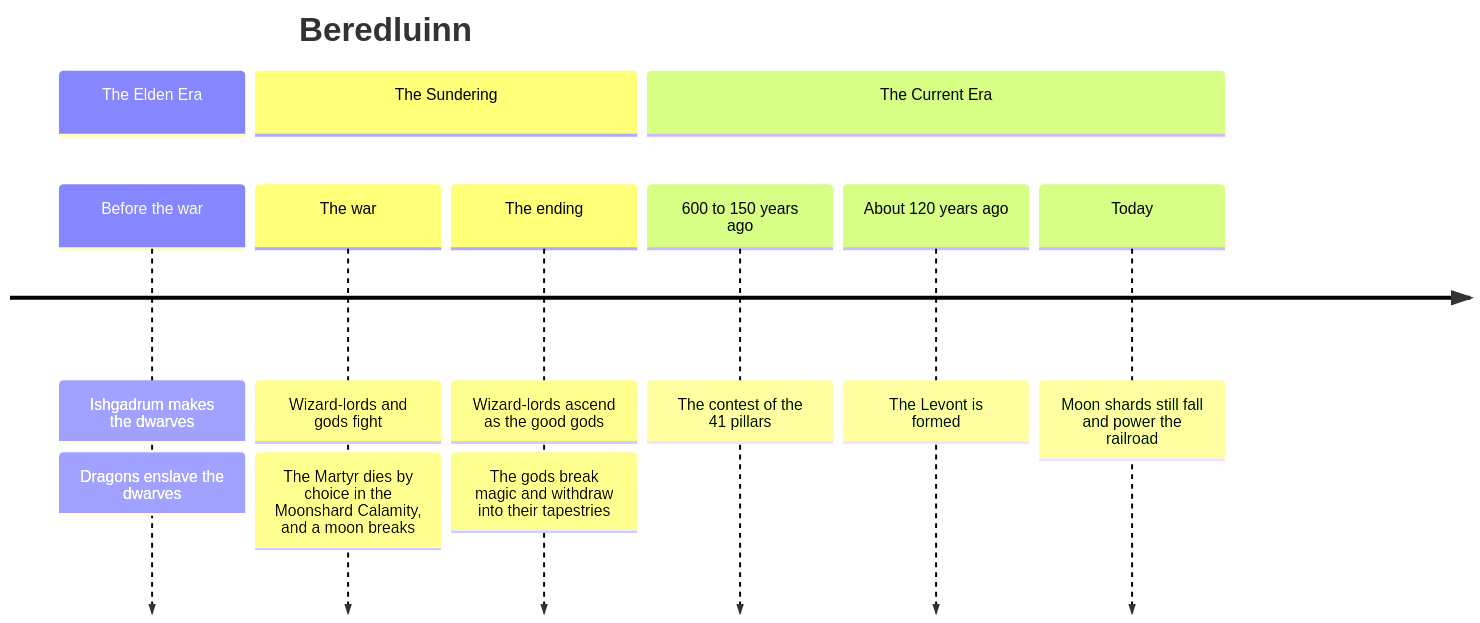
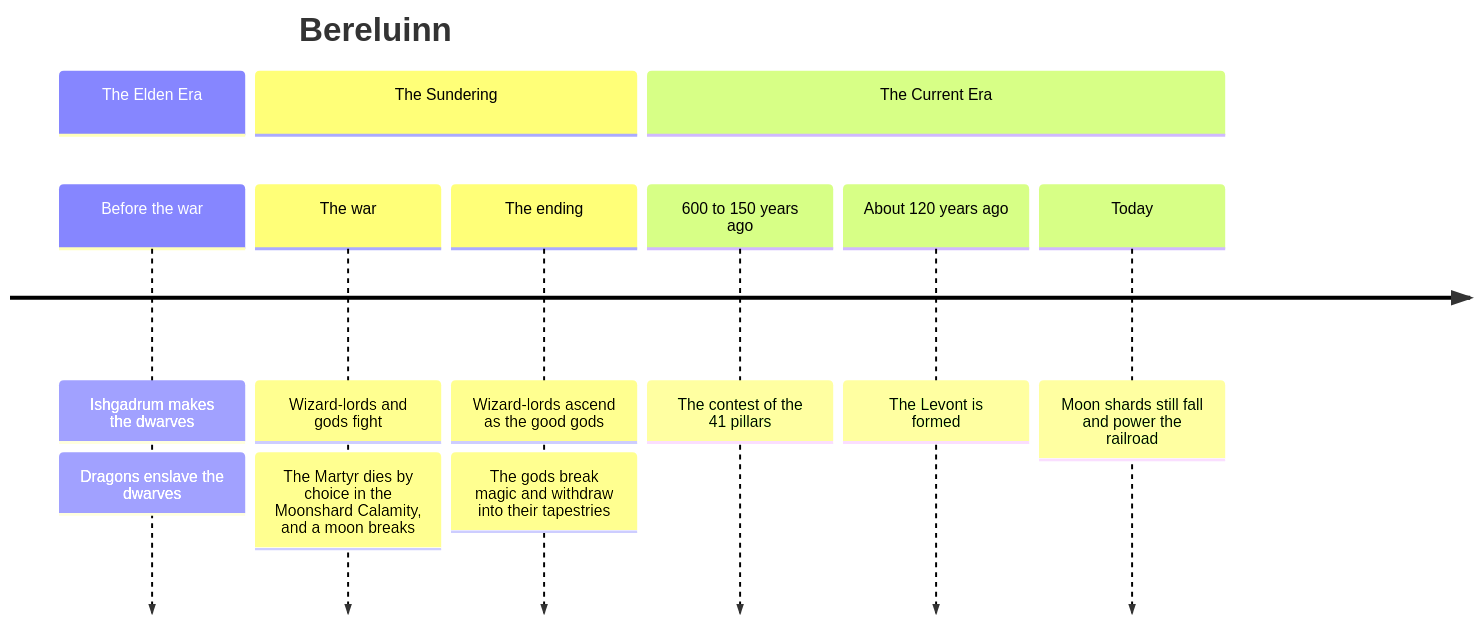
Before and after one commit to Huklings/Bereluinn-wiki: the diagram in History/Timeline.md, drawn with Mermaid. The commit also changed 5 other files, not shown here.

````diff
--- a/History/Timeline.md
+++ b/History/Timeline.md
@@ -30,16 +30,16 @@
 ```mermaid
 timeline
-    title Beredluinn
+    title Bereluinn
     section The Elden Era
         Before the war : Ishgadrum makes the dwarves
                        : Dragons enslave the dwarves
     section The Sundering
         The war : Wizard-lords and gods fight
                 : The Martyr dies by choice in the Moonshard Calamity, and a moon breaks
         The ending : Wizard-lords ascend as the good gods
                    : The gods break magic and withdraw into their tapestries
     section The Current Era
         600 to 150 years ago : The contest of the 41 pillars
         About 120 years ago : The Levont is formed
         Today : Moon shards still fall and power the railroad
 ```
````
